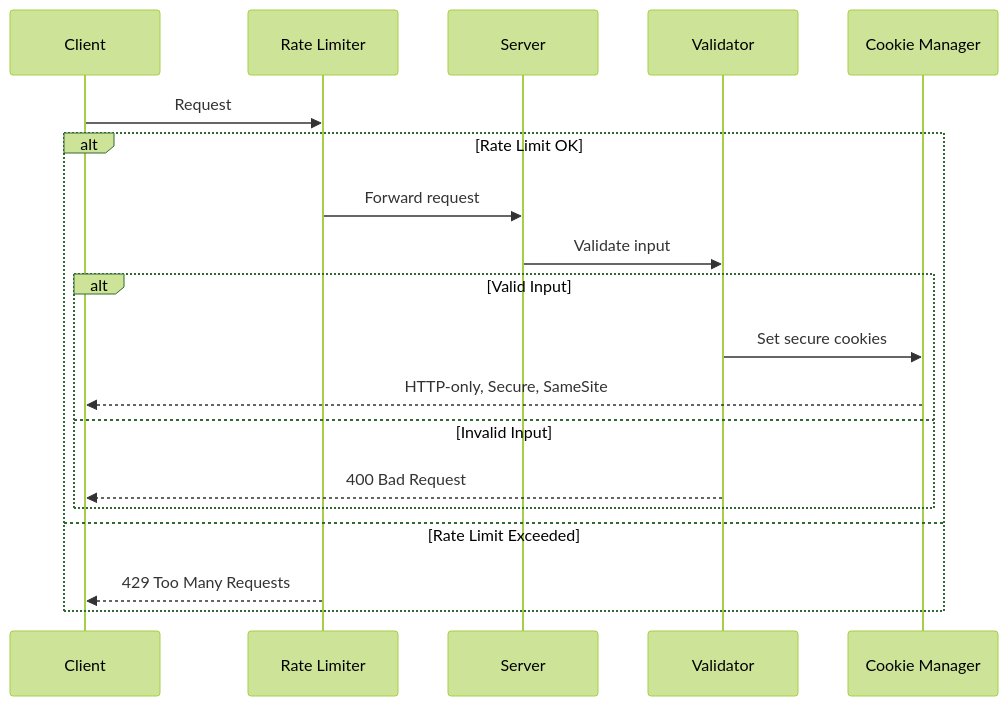
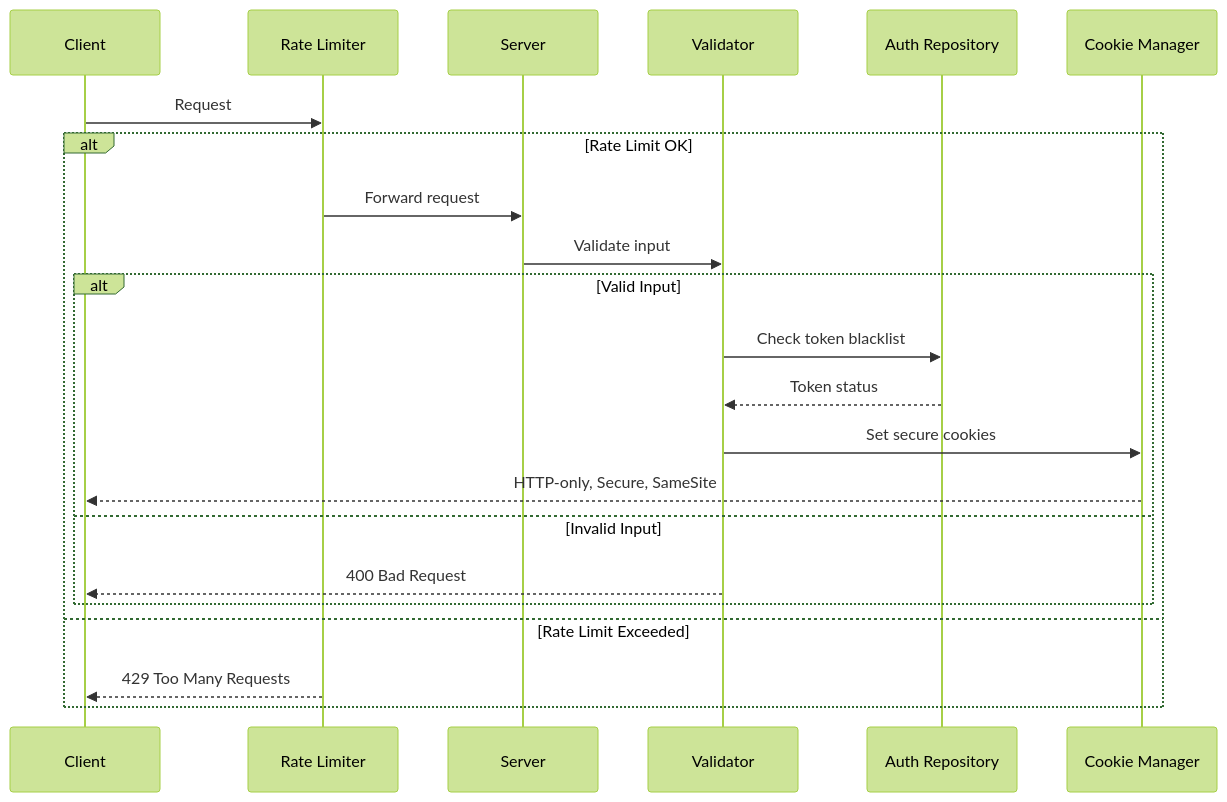
One commit to ifindev/secure-authentication changed the fourth of 4 diagrams in server/README.md. Above: the diagram before and after it, drawn with Mermaid (forest theme). The commit also changed other lines of this file, not shown here.

````diff
--- a/server/README.md
+++ b/server/README.md
@@ -164,22 +179,25 @@
 ```mermaid
 sequenceDiagram
     participant Client
     participant Rate Limiter
     participant Server
     participant Validator
+    participant Auth Repository
     participant Cookie Manager
 
     Client->>Rate Limiter: Request
     alt Rate Limit OK
         Rate Limiter->>Server: Forward request
         Server->>Validator: Validate input
         alt Valid Input
+            Validator->>Auth Repository: Check token blacklist
+            Auth Repository-->>Validator: Token status
             Validator->>Cookie Manager: Set secure cookies
             Cookie Manager-->>Client: HTTP-only, Secure, SameSite
         else Invalid Input
             Validator-->>Client: 400 Bad Request
         end
     else Rate Limit Exceeded
         Rate Limiter-->>Client: 429 Too Many Requests
     end
 ```
````
